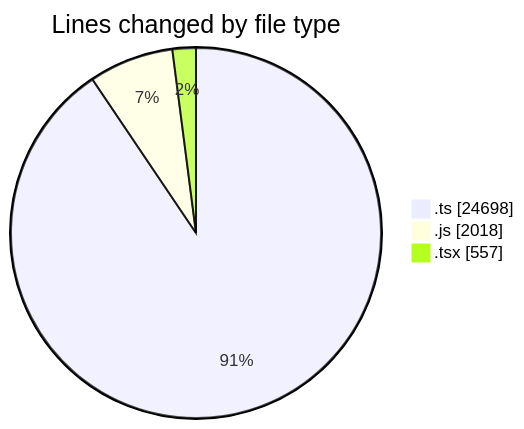
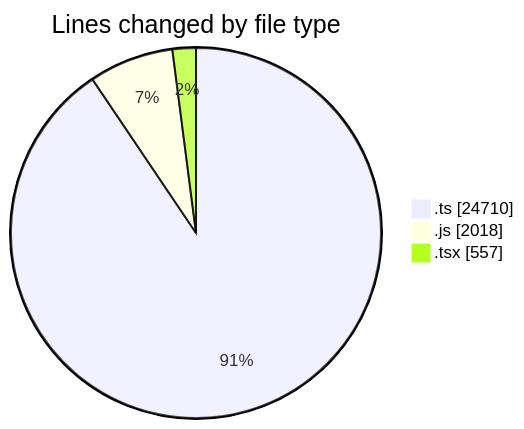
Before and after one commit to momahboobian/code-tracking: the first of 2 diagrams in 2025-06-20/cda/README.md, drawn with Mermaid. The commit also changed other lines of this file and 1 other file, not shown here.

````diff
--- a/2025-06-20/cda/README.md
+++ b/2025-06-20/cda/README.md
@@ -40,7 +40,7 @@
 ```mermaid
 pie showData
 title Lines changed by file type
-".ts" : 24698
+".ts" : 24710
 ".js" : 2018
 ".tsx" : 557
 ```
````
